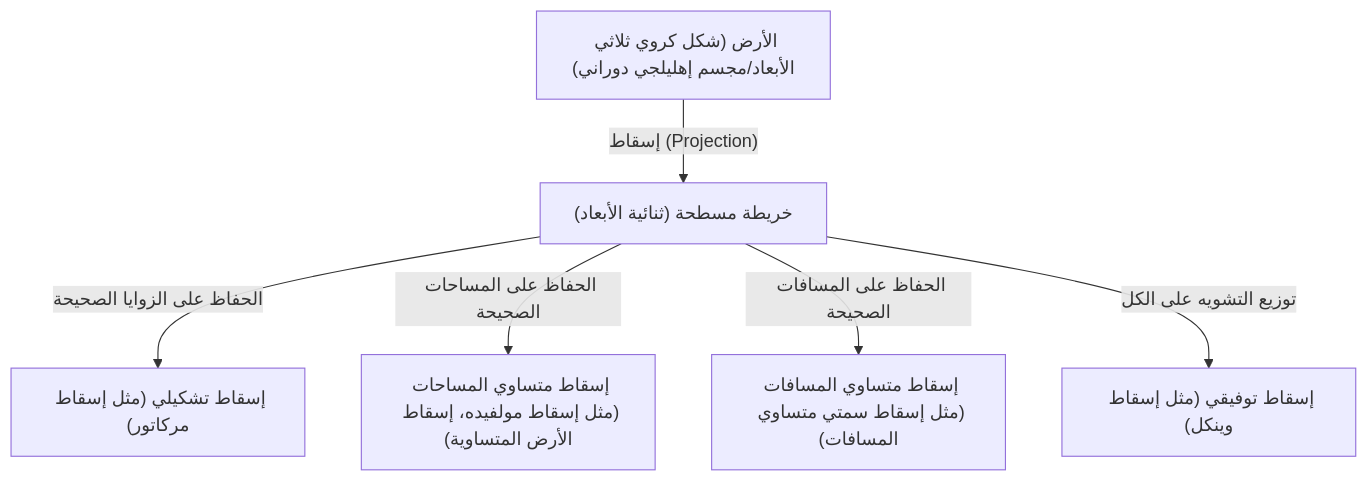
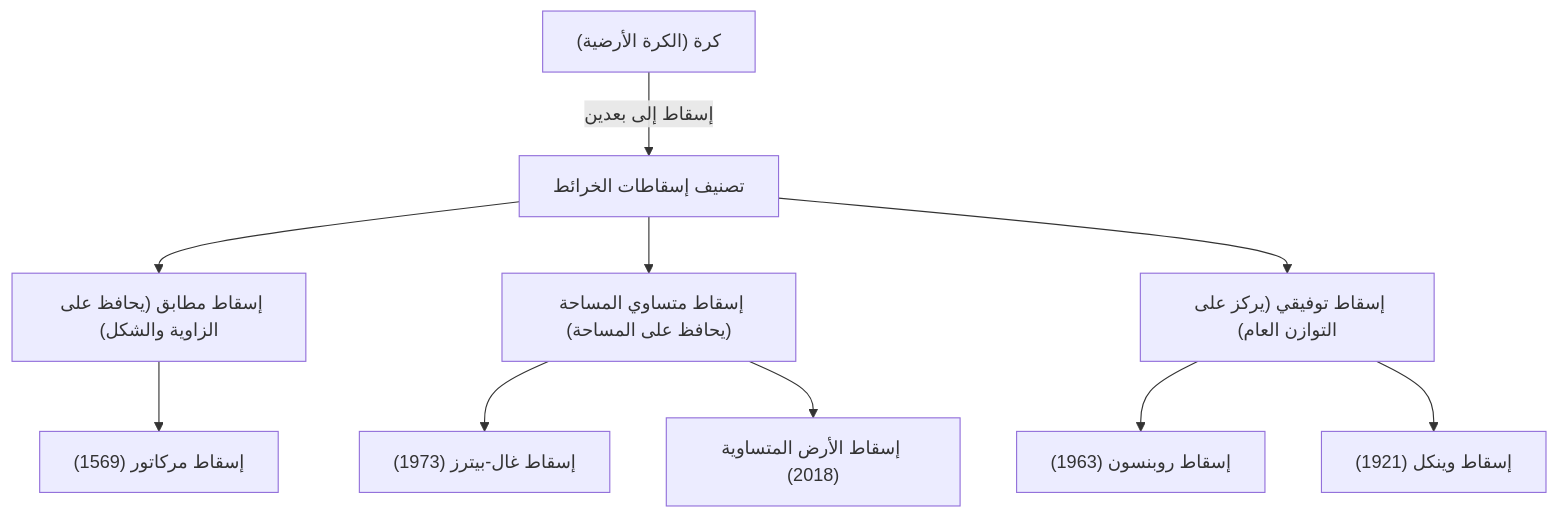
One commit to kenjinote/blog changed the diagram in content/post/history-of-map-projections/index.ar.md. Above: the diagram before and after it, drawn with Mermaid. The commit also changed other lines of this file and 129 other files, not shown here.

````diff
--- a/content/post/history-of-map-projections/index.ar.md
+++ b/content/post/history-of-map-projections/index.ar.md
@@ -19,8 +30,13 @@
 ```mermaid
 graph TD
-    A["الأرض (شكل كروي ثلاثي الأبعاد/مجسم إهليلجي دوراني)"] -- "إسقاط (Projection)" --> B["خريطة مسطحة (ثنائية الأبعاد)"]
-    B -- "الحفاظ على الزوايا الصحيحة" --> C["إسقاط تشكيلي (مثل إسقاط مركاتور)"]
-    B -- "الحفاظ على المساحات الصحيحة" --> D["إسقاط متساوي المساحات (مثل إسقاط مولفيده، إسقاط الأرض المتساوية)"]
-    B -- "الحفاظ على المسافات الصحيحة" --> E["إسقاط متساوي المسافات (مثل إسقاط سمتي متساوي المسافات)"]
-    B -- "توزيع التشويه على الكل" --> F["إسقاط توفيقي (مثل إسقاط وينكل)"]
+    A["كرة (الكرة الأرضية)"] -->|"إسقاط إلى بعدين"| B["تصنيف إسقاطات الخرائط"]
+    B --> C["إسقاط مطابق (يحافظ على الزاوية والشكل)"]
+    B --> D["إسقاط متساوي المساحة (يحافظ على المساحة)"]
+    B --> E["إسقاط توفيقي (يركز على التوازن العام)"]
+    
+    C --> F["إسقاط مركاتور (1569)"]
+    D --> G["إسقاط غال-بيترز (1973)"]
+    D --> H["إسقاط الأرض المتساوية (2018)"]
+    E --> I["إسقاط روبنسون (1963)"]
+    E --> J["إسقاط وينكل (1921)"]
 ```
````
